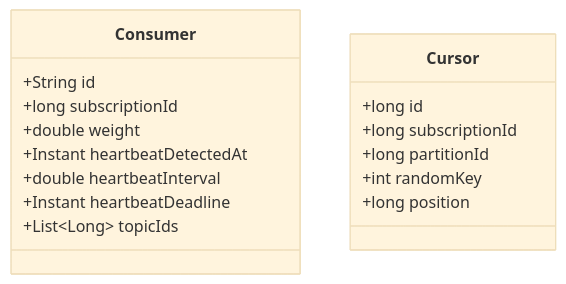
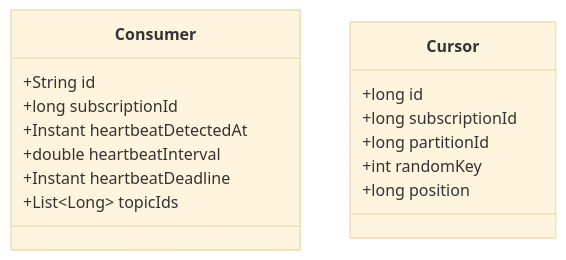
One commit to rbilleci/boxy changed the second of 2 diagrams in README.md. Above: the diagram before and after it, drawn with Mermaid (base theme). The commit also changed other lines of this file and 6 other files, not shown here.

````diff
--- a/README.md
+++ b/README.md
@@ -115,19 +114,18 @@
 ```mermaid
 classDiagram
     class Consumer {
         +String id
         +long subscriptionId
-        +double weight
         +Instant heartbeatDetectedAt
         +double heartbeatInterval
         +Instant heartbeatDeadline
         +List~Long~ topicIds
     }
     class Cursor {
         +long id
         +long subscriptionId
         +long partitionId
         +int randomKey
         +long position
     }
 ```
````
